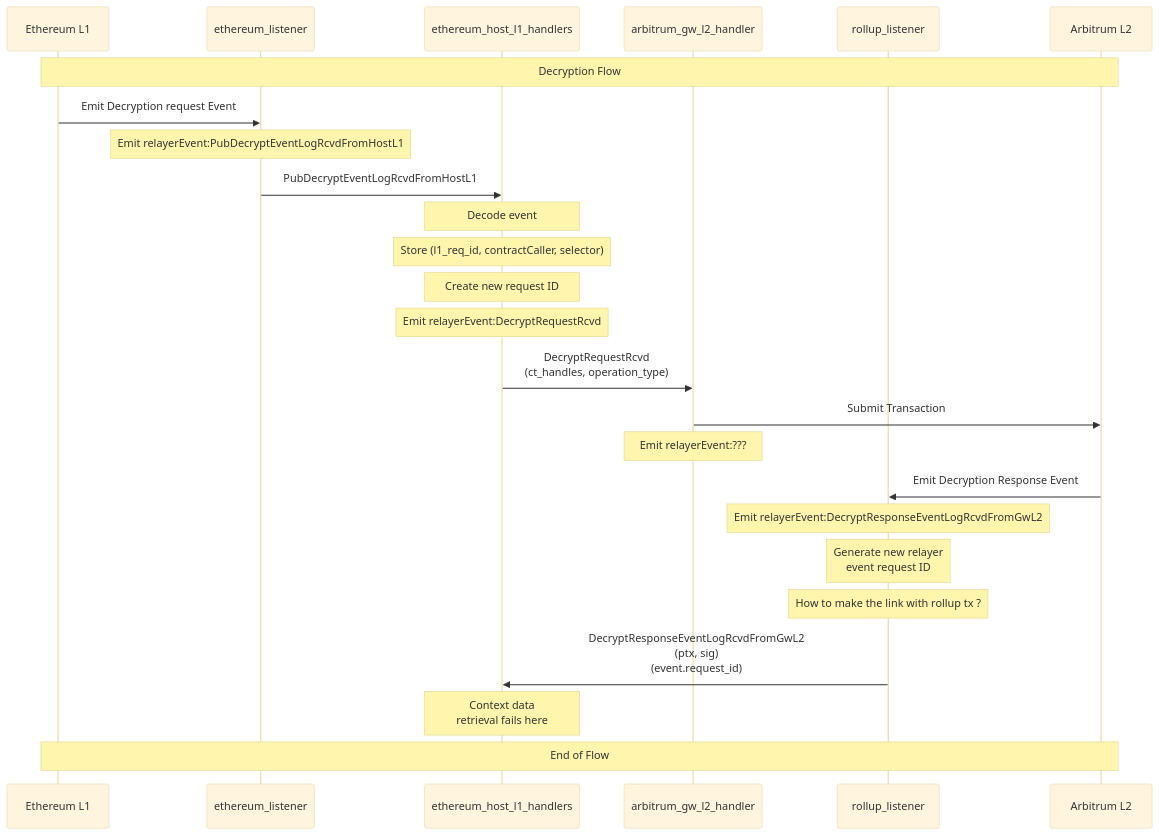
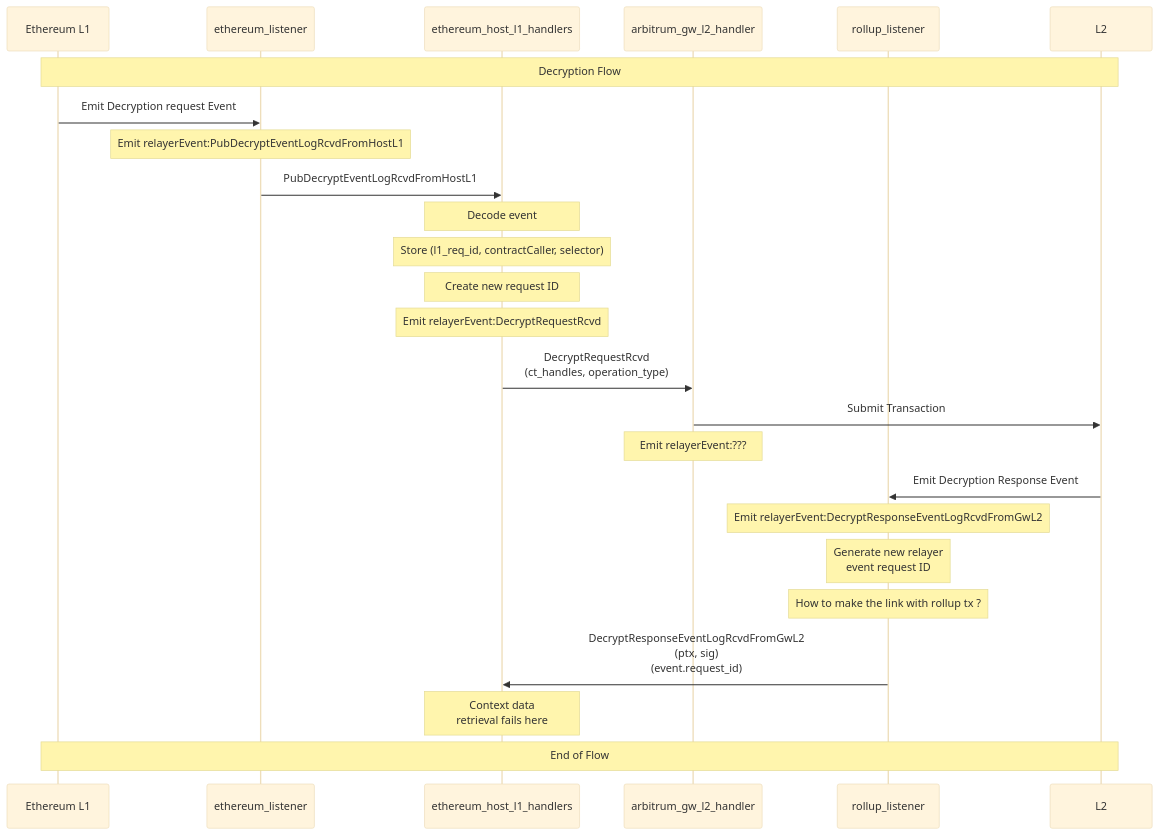
One commit to zama-ai/fhevm changed the diagram in apps/relayer/fhevm-relayer/src/decryption_flow.md. Above: the diagram before and after it, drawn with Mermaid (base theme). The commit also changed 5 other files, not shown here.

````diff
--- a/apps/relayer/fhevm-relayer/src/decryption_flow.md
+++ b/apps/relayer/fhevm-relayer/src/decryption_flow.md
@@ -5,31 +5,30 @@
 ```mermaid
 sequenceDiagram
     participant L1 as Ethereum L1
     participant EL as ethereum_listener
     participant EH as ethereum_host_l1_handlers
     participant AGH as arbitrum_gw_l2_handler
     participant RL as rollup_listener
-    participant L2 as Arbitrum L2
 
     Note over L1,L2: Decryption Flow
     
     L1->>EL: Emit Decryption request Event
     Note over EL: Emit relayerEvent:PubDecryptEventLogRcvdFromHostL1
     EL->>EH: PubDecryptEventLogRcvdFromHostL1
     Note over EH: Decode event
     Note over EH: Store (l1_req_id, contractCaller, selector)
     Note over EH: Create new request ID
     Note over EH: Emit relayerEvent:DecryptRequestRcvd
     
     EH->>AGH: DecryptRequestRcvd<br/>(ct_handles, operation_type)
     AGH->>L2: Submit Transaction
     Note over AGH: Emit relayerEvent:???
     
     L2->>RL: Emit Decryption Response Event
     Note over RL: Emit relayerEvent:DecryptResponseEventLogRcvdFromGwL2
     Note over RL: Generate new relayer<br/>event request ID
     Note over RL: How to make the link with rollup tx ?
     RL->>EH: DecryptResponseEventLogRcvdFromGwL2<br/>(ptx, sig)<br/>(event.request_id)
     Note over EH: Context data<br/>retrieval fails here
     Note over L1,L2: End of Flow
 ```
````
